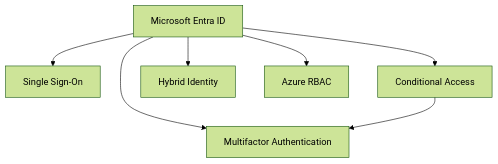
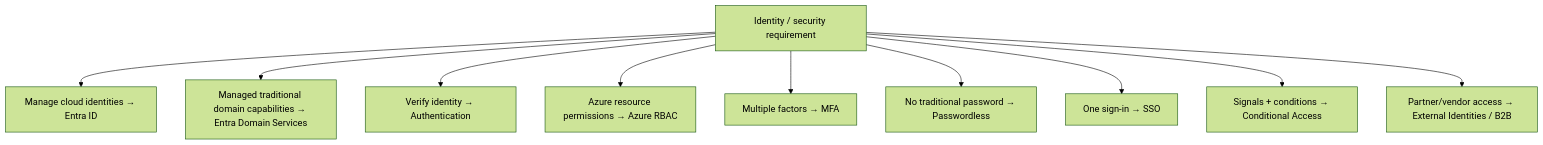
Before and after one commit to zhyordanova/azure-fundamentals-handbook: the eighth of 14 diagrams in exam/concept-map/concept-map.md, drawn with Mermaid (forest theme). The commit also changed other lines of this file and 1 other file, not shown here.

````diff
--- a/exam/concept-map/concept-map.md
+++ b/exam/concept-map/concept-map.md
@@ -226,17 +238,13 @@
 ```mermaid
 flowchart TD
-
-    ENTRA["Microsoft Entra ID"]
-
-    ENTRA --> MFA["Multifactor Authentication"]
-
-    ENTRA --> SSO["Single Sign-On"]
-
-    ENTRA --> CA["Conditional Access"]
-
-    ENTRA --> HYBRID["Hybrid Identity"]
-
-    ENTRA --> RBAC["Azure RBAC"]
-
-    CA --> MFA
+    A["Identity / security requirement"]
+    A --> ID["Manage cloud identities → Entra ID"]
+    A --> DS["Managed traditional domain capabilities → Entra Domain Services"]
+    A --> AUTH["Verify identity → Authentication"]
+    A --> RBAC["Azure resource permissions → Azure RBAC"]
+    A --> MFA["Multiple factors → MFA"]
+    A --> PASS["No traditional password → Passwordless"]
+    A --> SSO["One sign-in → SSO"]
+    A --> CA["Signals + conditions → Conditional Access"]
+    A --> EXT["Partner/vendor access → External Identities / B2B"]
 ```
````
